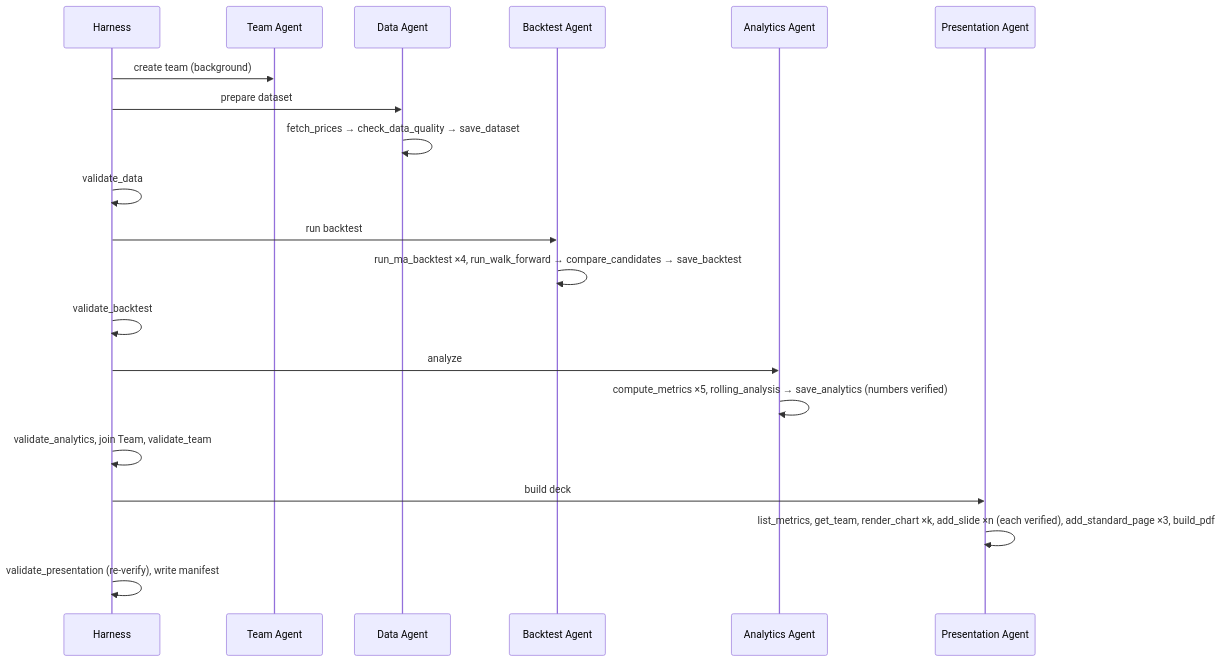
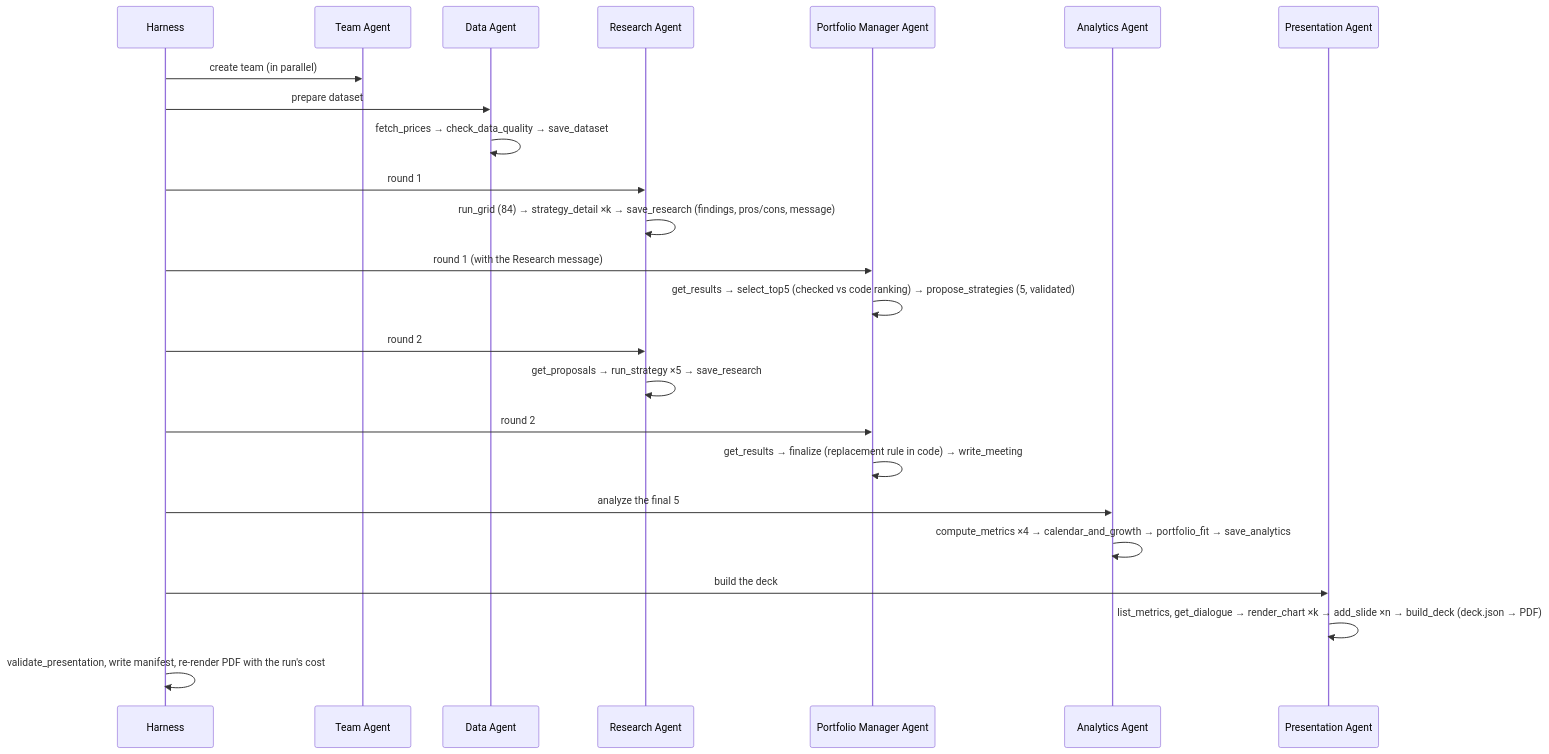
Before and after one commit to emitby/Replicating-an-Asset-Management-Firm-with-Agents-and-Task-Decomposition: the diagram in docs/architecture.md, drawn with Mermaid. The commit also changed other lines of this file and 82 other files, not shown here.

````diff
--- a/docs/architecture.md
+++ b/docs/architecture.md
@@ -31,22 +32,26 @@
 ```mermaid
 sequenceDiagram
     participant H as Harness
     participant T as Team Agent
     participant D as Data Agent
-    participant B as Backtest Agent
+    participant R as Research Agent
+    participant P as Portfolio Manager Agent
     participant A as Analytics Agent
-    participant P as Presentation Agent
-    H->>T: create team (background)
+    participant S as Presentation Agent
+    H->>T: create team (in parallel)
     H->>D: prepare dataset
     D->>D: fetch_prices → check_data_quality → save_dataset
-    H->>H: validate_data
-    H->>B: run backtest
-    B->>B: run_ma_backtest ×4, run_walk_forward → compare_candidates → save_backtest
-    H->>H: validate_backtest
-    H->>A: analyze
-    A->>A: compute_metrics ×5, rolling_analysis → save_analytics (numbers verified)
-    H->>H: validate_analytics, join Team, validate_team
-    H->>P: build deck
-    P->>P: list_metrics, get_team, render_chart ×k, add_slide ×n (each verified), add_standard_page ×3, build_pdf
-    H->>H: validate_presentation (re-verify), write manifest
+    H->>R: round 1
+    R->>R: run_grid (84) → strategy_detail ×k → save_research (findings, pros/cons, message)
+    H->>P: round 1 (with the Research message)
+    P->>P: get_results → select_top5 (checked vs code ranking) → propose_strategies (5, validated)
+    H->>R: round 2
+    R->>R: get_proposals → run_strategy ×5 → save_research
+    H->>P: round 2
+    P->>P: get_results → finalize (replacement rule in code) → write_meeting
+    H->>A: analyze the final 5
+    A->>A: compute_metrics ×4 → calendar_and_growth → portfolio_fit → save_analytics
+    H->>S: build the deck
+    S->>S: list_metrics, get_dialogue → render_chart ×k → add_slide ×n → build_deck (deck.json → PDF)
+    H->>H: validate_presentation, write manifest, re-render PDF with the run's cost
 ```
````
